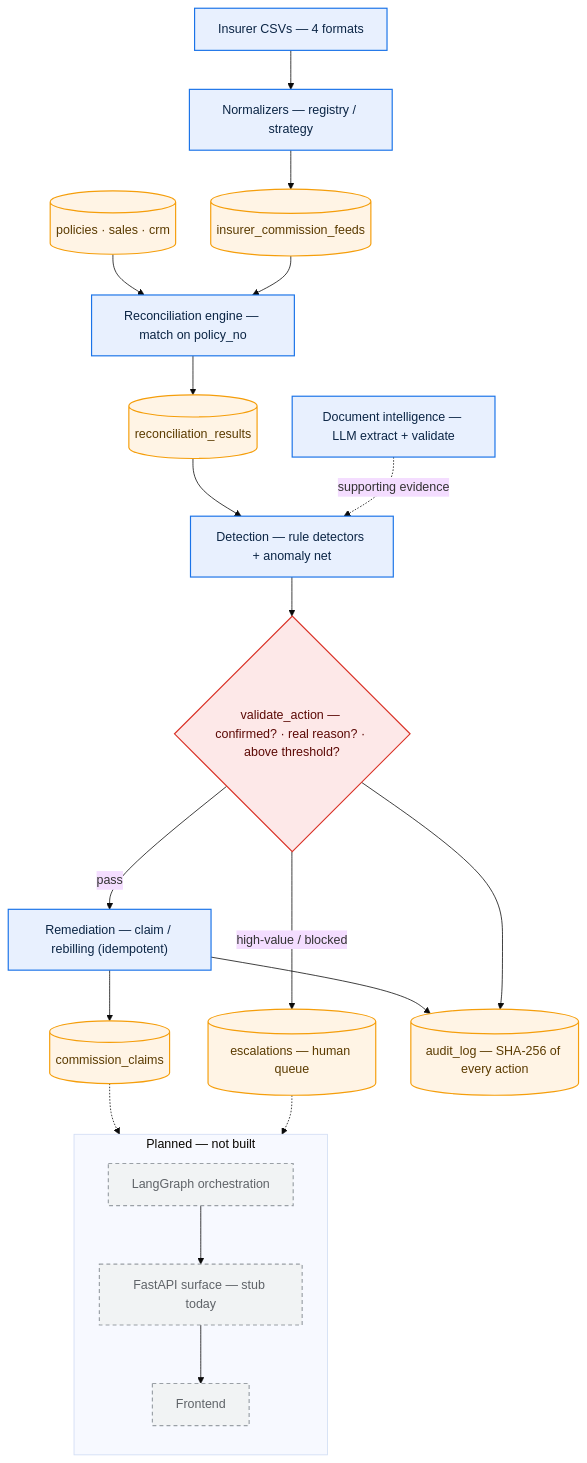
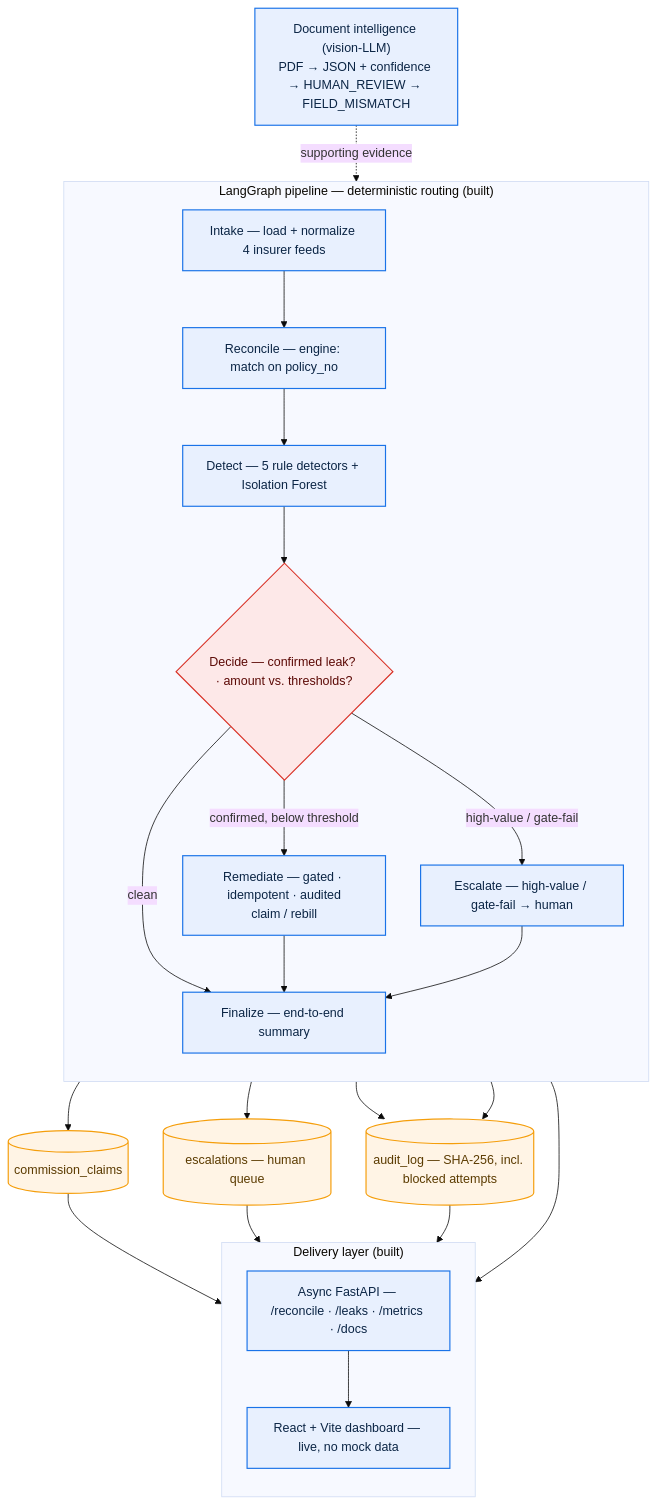
Before and after one commit to Subh24ai/LeakSentinel: the diagram in README.md, drawn with Mermaid. The commit also changed other lines of this file, not shown here.

First line of the commit message:
docs: README reflects complete end-to-end system (API + frontend)

````diff
--- a/README.md
+++ b/README.md
@@ -89,44 +140,49 @@
 ```mermaid
-%%{init: {'theme':'base','themeVariables':{'fontSize':'16px'},'flowchart':{'nodeSpacing':45,'rankSpacing':50,'curve':'basis'}}}%%
+%%{init: {'theme':'base','themeVariables':{'fontSize':'16px'},'flowchart':{'nodeSpacing':45,'rankSpacing':48,'curve':'basis'}}}%%
 flowchart TB
     classDef proc    fill:#e8f0fe,stroke:#1a73e8,stroke-width:1.5px,color:#0b2545;
     classDef store   fill:#fff4e5,stroke:#f59e0b,stroke-width:1.5px,color:#5b3b00;
     classDef gate    fill:#fde8e8,stroke:#d93025,stroke-width:1.5px,color:#5c0a06;
-    classDef planned fill:#f1f3f4,stroke:#9aa0a6,stroke-width:1.5px,stroke-dasharray:5 4,color:#5f6368;
 
-    CSV["Insurer CSVs — 4 formats"]:::proc
-    NORM["Normalizers — registry / strategy"]:::proc
-    FEEDS[("insurer_commission_feeds")]:::store
-    MASTER[("policies · sales · crm")]:::store
-    ENG["Reconciliation engine — match on policy_no"]:::proc
-    RES[("reconciliation_results")]:::store
-    DOCS["Document intelligence — LLM extract + validate"]:::proc
-    DET["Detection — rule detectors + anomaly net"]:::proc
-    GATE{"validate_action — confirmed? · real reason? · above threshold?"}:::gate
-    ACT["Remediation — claim / rebilling (idempotent)"]:::proc
-    CLAIMS[("commission_claims")]:::store
-    ESC[("escalations — human queue")]:::store
-    AUDIT[("audit_log — SHA-256 of every action")]:::store
+    DOCS["Document intelligence (vision-LLM)<br/>PDF → JSON + confidence → HUMAN_REVIEW → FIELD_MISMATCH"]:::proc
 
-    CSV --> NORM --> FEEDS
-    MASTER --> ENG
-    FEEDS --> ENG
-    ENG --> RES --> DET
-    DOCS -. supporting evidence .-> DET
-    DET --> GATE
-    GATE -- pass --> ACT --> CLAIMS
-    GATE -- "high-value / blocked" --> ESC
-    ACT --> AUDIT
-    GATE --> AUDIT
+    subgraph PIPE["LangGraph pipeline — deterministic routing (built)"]
+        direction TB
+        INTAKE["Intake — load + normalize 4 insurer feeds"]:::proc
+        RECON["Reconcile — engine: match on policy_no"]:::proc
+        DETECT["Detect — 5 rule detectors + Isolation Forest"]:::proc
+        DECIDE{"Decide — confirmed leak? · amount vs. thresholds?"}:::gate
+        REMED["Remediate — gated · idempotent · audited<br/>claim / rebill"]:::proc
+        ESCAL["Escalate — high-value / gate-fail → human"]:::proc
+        FINAL["Finalize — end-to-end summary"]:::proc
 
-    subgraph PLANNED [" Planned — not built "]
-        direction TB
-        GRAPH["LangGraph orchestration"]:::planned
-        API["FastAPI surface — stub today"]:::planned
-        UI["Frontend"]:::planned
-        GRAPH --> API --> UI
+        INTAKE --> RECON --> DETECT --> DECIDE
+        DECIDE -- "confirmed, below threshold" --> REMED
+        DECIDE -- "high-value / gate-fail" --> ESCAL
+        DECIDE -- "clean" --> FINAL
+        REMED --> FINAL
+        ESCAL --> FINAL
     end
 
-    CLAIMS -.-> GRAPH
-    ESC -.-> GRAPH
+    DOCS -. supporting evidence .-> DETECT
+
+    CLAIMS[("commission_claims")]:::store
+    ESCQ[("escalations — human queue")]:::store
+    AUDIT[("audit_log — SHA-256, incl. blocked attempts")]:::store
+    REMED --> CLAIMS
+    REMED --> AUDIT
+    ESCAL --> ESCQ
+    ESCAL --> AUDIT
+
+    subgraph DELIVERY ["Delivery layer (built)"]
+        direction TB
+        API["Async FastAPI — /reconcile · /leaks · /metrics · /docs"]:::proc
+        UI["React + Vite dashboard — live, no mock data"]:::proc
+        API --> UI
+    end
+
+    FINAL --> API
+    CLAIMS --> API
+    ESCQ --> API
+    AUDIT --> API
 ```
````
